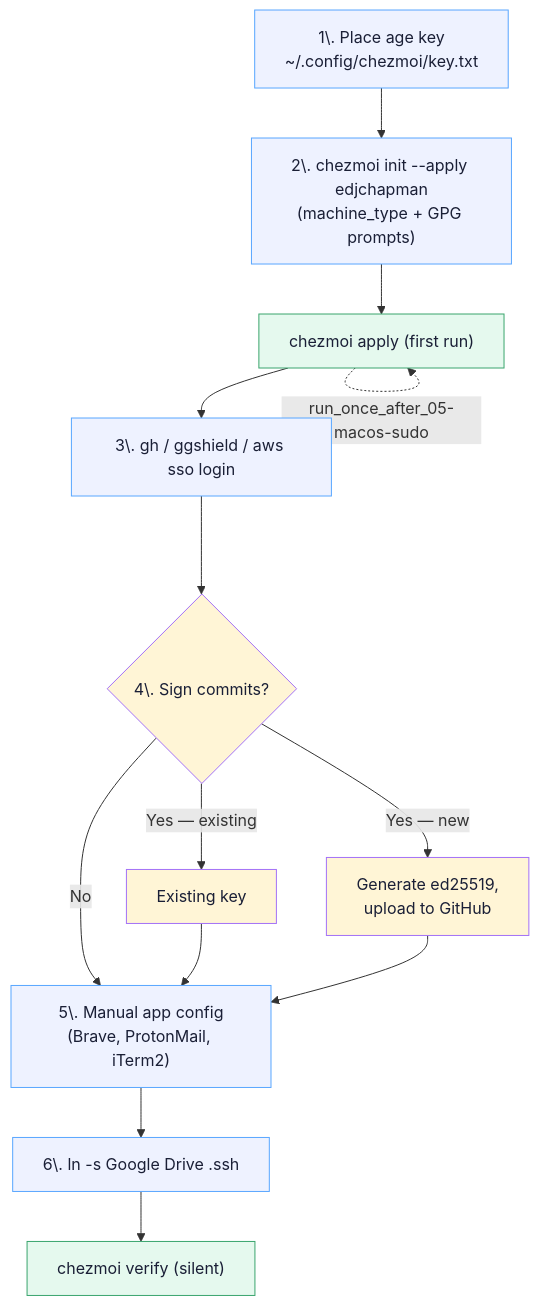
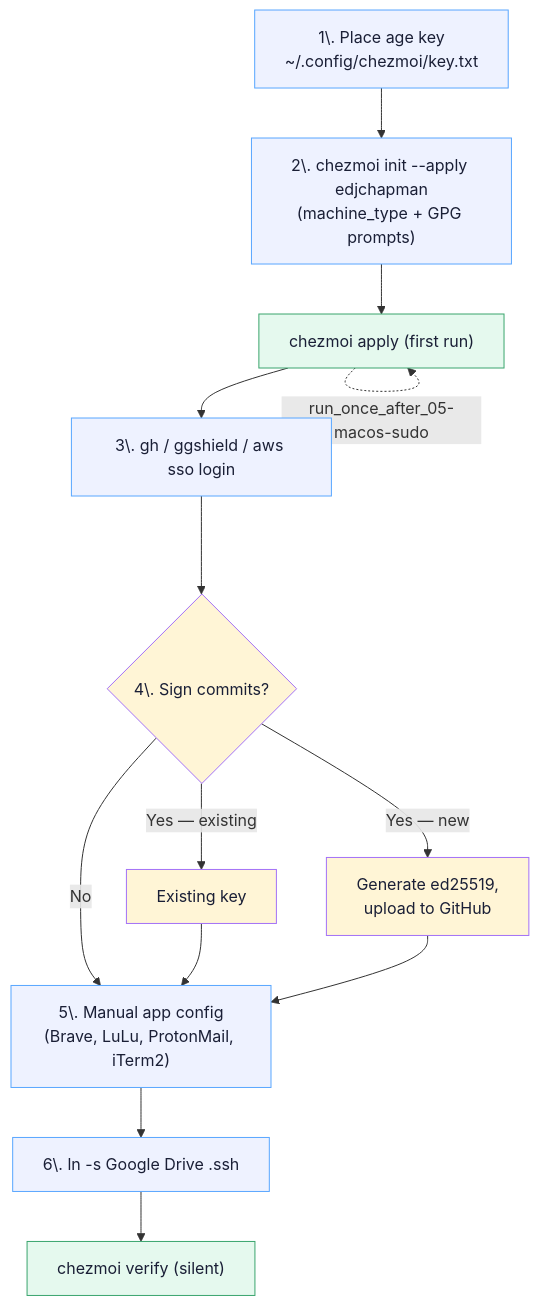
One commit to edjchapman/Dotfiles changed the diagram in docs/runbooks/new-machine.md. Above: the diagram before and after it, drawn with Mermaid. The commit also changed other lines of this file and 3 other files, not shown here.

````diff
--- a/docs/runbooks/new-machine.md
+++ b/docs/runbooks/new-machine.md
@@ -7,38 +7,38 @@
 ```mermaid
 flowchart TD
     KEY["1\. Place age key<br/>~/.config/chezmoi/key.txt"]
     INIT["2\. chezmoi init --apply edjchapman<br/>(machine_type + GPG prompts)"]
     BOOT["chezmoi apply (first run)"]
     AUTH["3\. gh / ggshield / aws sso login"]
     GPG{"4\. Sign commits?"}
     GPG_E["Existing key"]
     GPG_N["Generate ed25519,<br/>upload to GitHub"]
-    APP["5\. Manual app config<br/>(Brave, ProtonMail, iTerm2)"]
+    APP["5\. Manual app config<br/>(Brave, LuLu, ProtonMail, iTerm2)"]
     SSH["6\. ln -s Google Drive .ssh"]
     VER["chezmoi verify (silent)"]
 
     KEY --> INIT
     INIT --> BOOT
     BOOT -.->|run_once_01-install-homebrew| BOOT
     BOOT -.->|run_onchange_02-brew-bundle| BOOT
     BOOT -.->|run_onchange_03-macos-defaults| BOOT
     BOOT -.->|run_onchange_04-dock-layout| BOOT
     BOOT -.->|run_onchange_05-login-items| BOOT
     BOOT -.->|run_once_after_05-macos-sudo| BOOT
     BOOT --> AUTH
     AUTH --> GPG
     GPG -->|Yes — existing| GPG_E
     GPG -->|Yes — new| GPG_N
     GPG -->|No| APP
     GPG_E --> APP
     GPG_N --> APP
     APP --> SSH
     SSH --> VER
 
     classDef step fill:#eef2ff,stroke:#58a6ff,color:#1a1f36
     classDef branch fill:#fff5d6,stroke:#a371f7,color:#1a1f36
     classDef terminal fill:#e5f9ee,stroke:#3aa56d,color:#1a1f36
     class KEY,INIT,AUTH,APP,SSH step
     class GPG,GPG_E,GPG_N branch
     class BOOT,VER terminal
 ```
````
